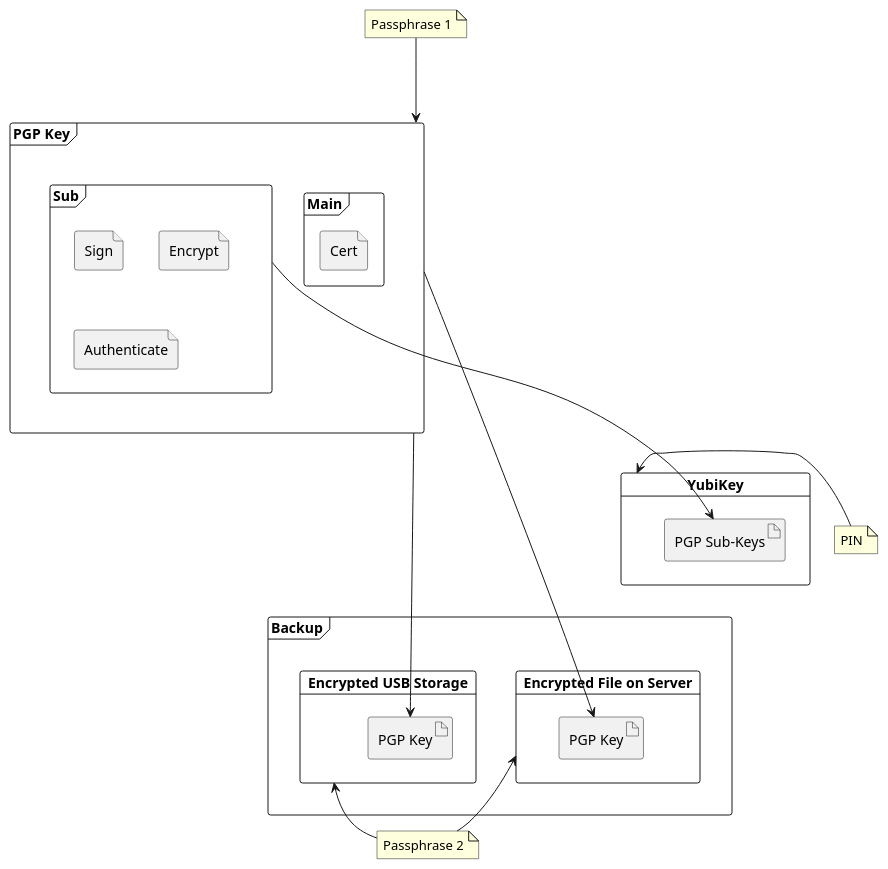
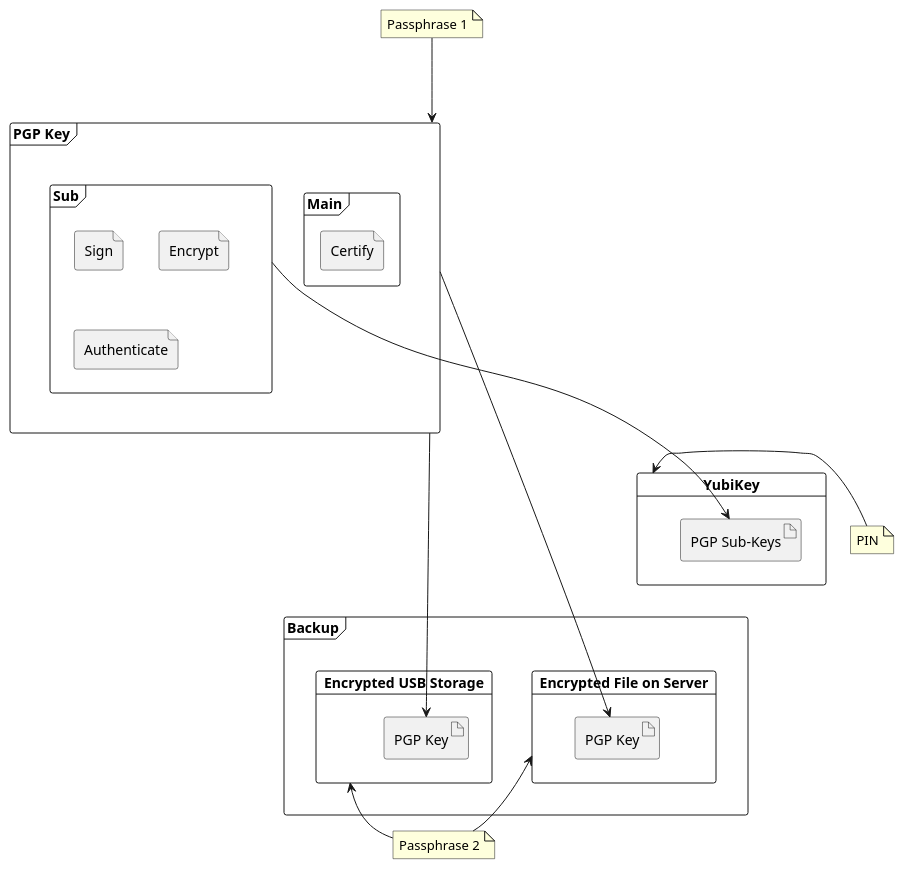
Before and after one commit to ccdMuro/WikiHerbig: the diagram in digital_privacy/pgp.md, drawn with PlantUML. The commit also changed other lines of this file, not shown here.

````diff
--- a/digital_privacy/pgp.md
+++ b/digital_privacy/pgp.md
@@ -35,43 +35,43 @@
 ```plantuml
 @startuml
 
 frame "PGP Key" as pgpkey {
 	frame Main {
-  	file Cert
+  	file Certify
   }
   
   frame Sub as pgpsubkeys {
     file Sign
     file Encrypt
     file Authenticate
   }
 }
 
 card YubiKey as yubikey {
    artifact "PGP Sub-Keys" as pgpsubkeys_on_yubikey
 }
 
 frame Backup as backup {
 card "Encrypted USB Storage" as usb {
   artifact "PGP Key" as pgpkey_on_usb
 }
 
 card "Encrypted File on Server" as server {
 	artifact "PGP Key" as pgpkey_on_server
 }
 }
 
 note "Passphrase 1" as pgppassphrase
 note "Passphrase 2" as backuppassphrase
 note "PIN" as yubikeypin
 
 pgppassphrase --d-> pgpkey
 yubikeypin -l-> yubikey
 backuppassphrase -u-> usb
 backuppassphrase -u-> server
 pgpsubkeys ---> pgpsubkeys_on_yubikey
 pgpkey ----> pgpkey_on_usb
 pgpkey ----> pgpkey_on_server
 
 @enduml
 ```
````
